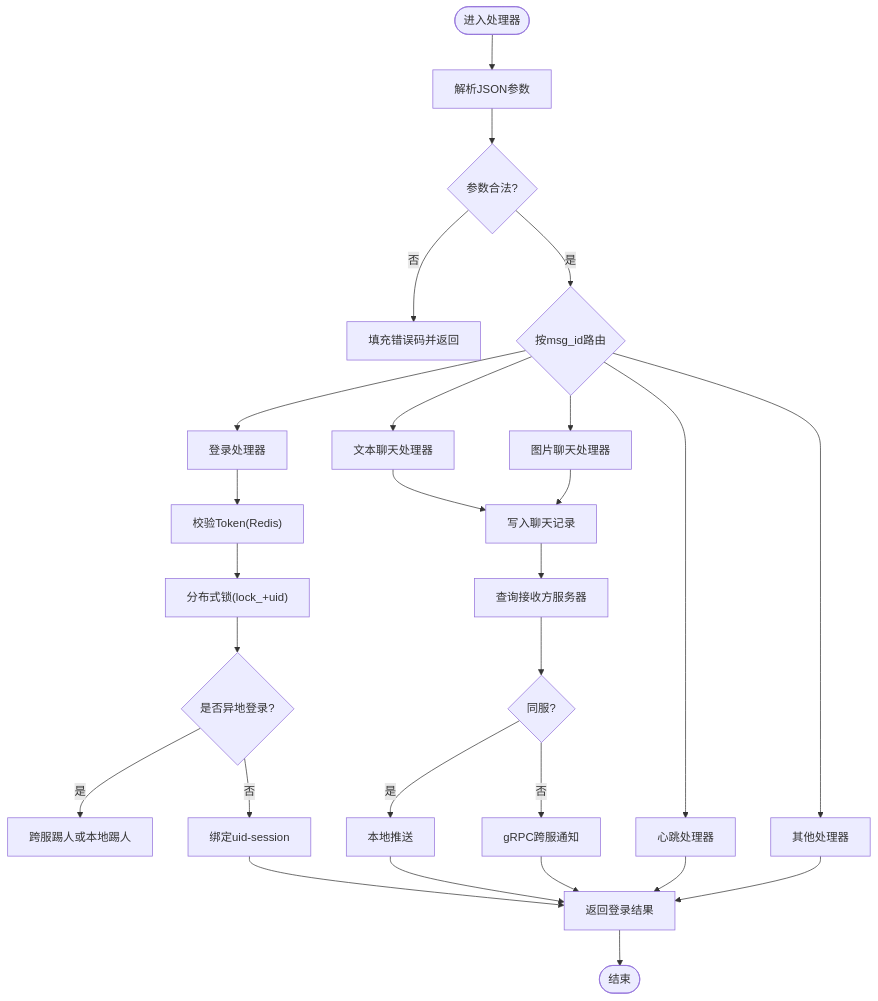
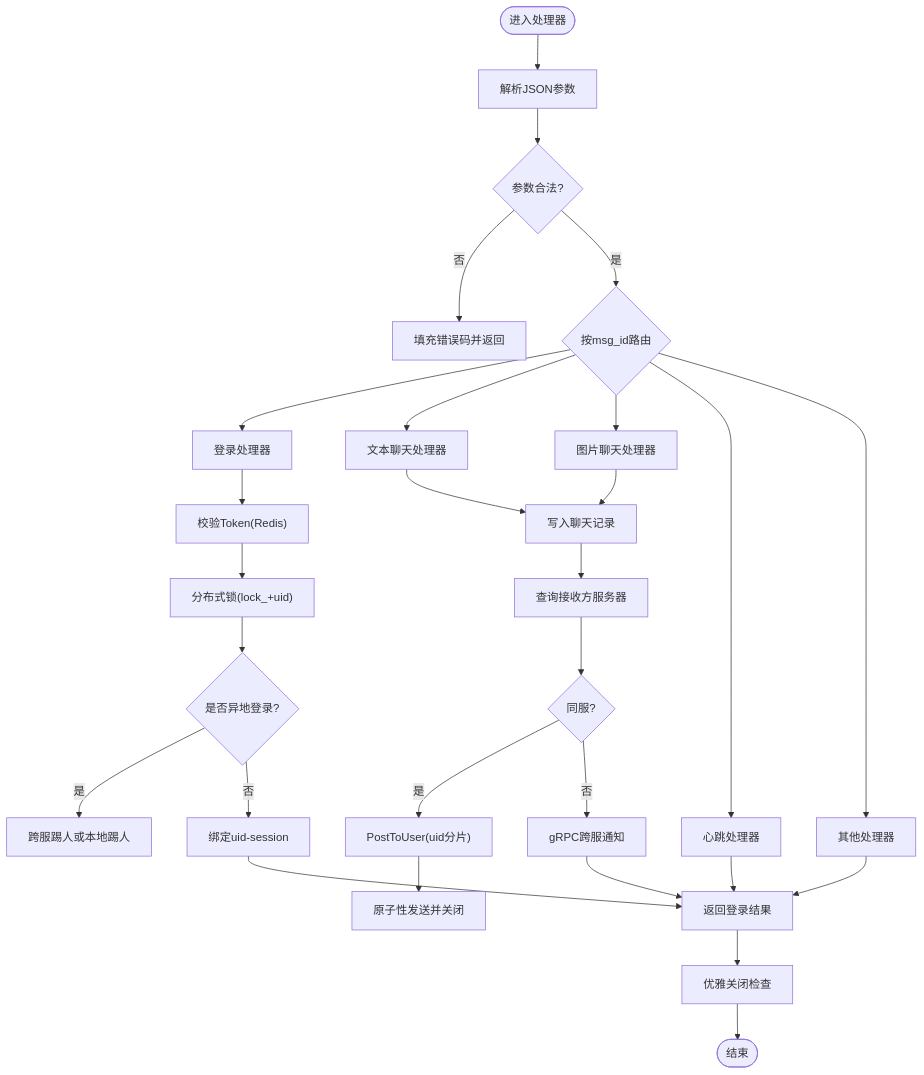
Before and after one commit to echo9923/mychatter: the fourth of 7 diagrams in .qoder/repowiki/zh/content/服务端开发/ChatServer聊天核心服务/ChatServer聊天核心服务.md, drawn with Mermaid. The commit also changed other lines of this file and 54 other files, not shown here.

````diff
--- a/.qoder/repowiki/zh/content/服务端开发/ChatServer聊天核心服务/ChatServer聊天核心服务.md
+++ b/.qoder/repowiki/zh/content/服务端开发/ChatServer聊天核心服务/ChatServer聊天核心服务.md
@@ -211,29 +229,30 @@
 ```mermaid
 flowchart TD
 Start(["进入处理器"]) --> Parse["解析JSON参数"]
 Parse --> Validate{"参数合法?"}
 Validate --> |否| Err["填充错误码并返回"]
 Validate --> |是| Route{"按msg_id路由"}
 Route --> Login["登录处理器"]
 Route --> Text["文本聊天处理器"]
 Route --> Img["图片聊天处理器"]
 Route --> Heart["心跳处理器"]
 Route --> Other["其他处理器"]
 Login --> CheckToken["校验Token(Redis)"]
 CheckToken --> Lock["分布式锁(lock_+uid)"]
 Lock --> KickCheck{"是否异地登录?"}
 KickCheck --> |是| Kick["跨服踢人或本地踢人"]
 KickCheck --> |否| Bind["绑定uid-session"]
 Bind --> Resp["返回登录结果"]
 Text --> SaveDB["写入聊天记录"]
 SaveDB --> FindTarget["查询接收方服务器"]
 FindTarget --> SameSrv{"同服?"}
-SameSrv --> |是| PushLocal["本地推送"]
+SameSrv --> |是| PostToUser["PostToUser(uid分片)"]
 SameSrv --> |否| PushRemote["gRPC跨服通知"]
-PushLocal --> Resp
+PostToUser --> SendAndClose["原子性发送并关闭"]
 PushRemote --> Resp
+Resp --> Graceful["优雅关闭检查"]
 Img --> SaveDB
 Heart --> Resp
 Other --> Resp
-Resp --> End(["结束"])
+Graceful --> End(["结束"])
 ```
````
